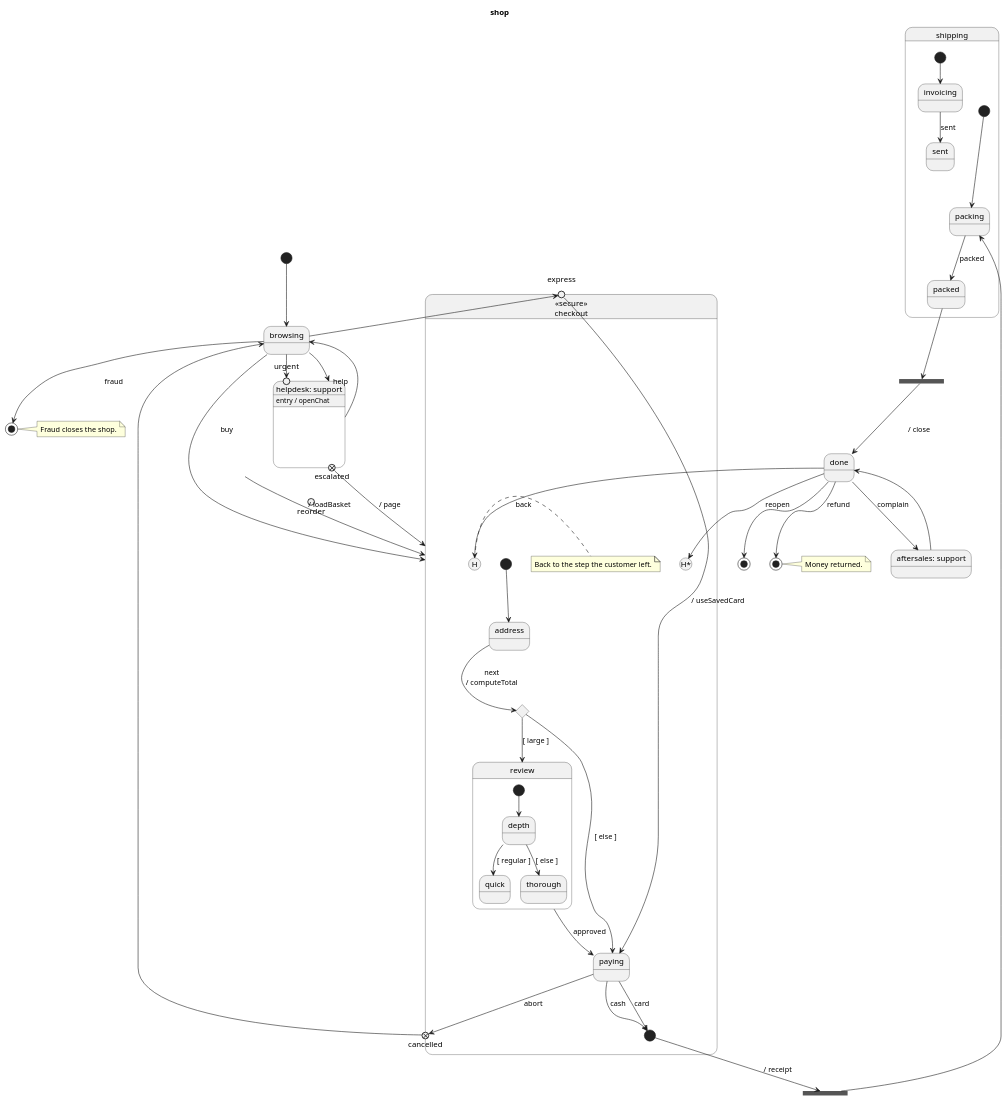
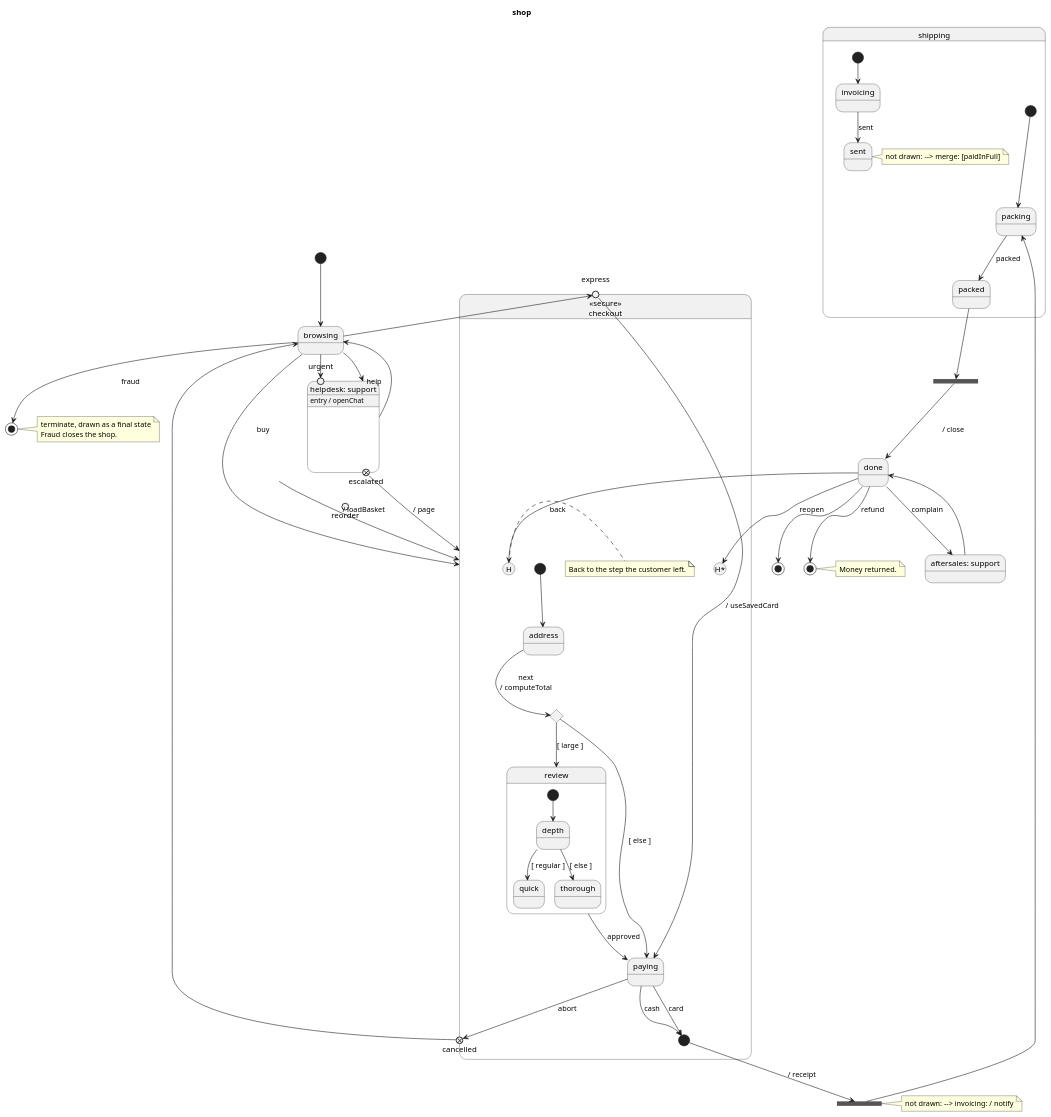
One commit to vincedupuis/transplantUML changed the diagram in example/shop.puml. Above: the diagram before and after it, drawn with PlantUML. The commit also changed 37 other files, not shown here.

```diff
--- a/example/shop.puml
+++ b/example/shop.puml
@@ -1,78 +1,83 @@
 @startuml
 title shop
 [*] --> browsing
 state reorder <<entryPoint>>
 state browsing
 state "helpdesk: support" as helpdesk {
     state urgent <<entryPoint>>
     state escalated <<exitPoint>>
 }
 helpdesk : entry / openChat
 state "«secure»\ncheckout" as checkout <<secure>> {
     [*] --> address
     state express <<entryPoint>>
     state cancelled <<exitPoint>>
     state "checkout.H" as checkout_H <<history>>
     note right of checkout_H : Back to the step the customer left.
     state address
     state route <<choice>>
     state review {
         [*] --> depth
         state depth <<choice>>
         state quick
         state thorough
         depth --> quick: [ regular ]
         depth --> thorough: [ else ]
     }
     state paying
     state paid <<start>>
     state "checkout.H-deep" as checkout_H_deep <<history*>>
     express --> paying: / useSavedCard
     address --> route: next\n/ computeTotal
     route --> review: [ large ]
     route --> paying: [ else ]
     review --> paying: approved
     paying --> paid: cash
     paying --> paid: card
     paying --> cancelled: abort
 }
 state split <<fork>>
+note right of split : not drawn: --> invoicing: / notify
 state shipping {
     [*] --> packing
     state packing
     state packed
     packing --> packed: packed
     --
     [*] --> invoicing
     state invoicing
     state sent
+    note right of sent : not drawn: --> merge: [paidInFull]
     invoicing --> sent: sent
 }
 state merge <<join>>
 state done
 state "aftersales: support" as aftersales
 state refunded <<end>>
 note right of refunded : Money returned.
 state terminate <<end>>
-note right of terminate : Fraud closes the shop.
+note right of terminate
+    terminate, drawn as a final state
+    Fraud closes the shop.
+end note
 state final <<end>>
 reorder --> checkout: / loadBasket
 browsing --> checkout: buy
 browsing --> express: quickBuy
 browsing --> terminate: fraud
 browsing --> helpdesk: help
 browsing --> urgent: emergency
 helpdesk --> browsing
 escalated --> checkout: / page
 cancelled --> browsing
 paid --> split: / receipt
 split --> packing
 packed --> merge
 merge --> done: / close
 done --> checkout_H_deep: reopen
 done --> checkout_H: back
 done --> refunded: refund
 done --> aftersales: complain
 done --> final
 aftersales --> done
 @enduml
```
